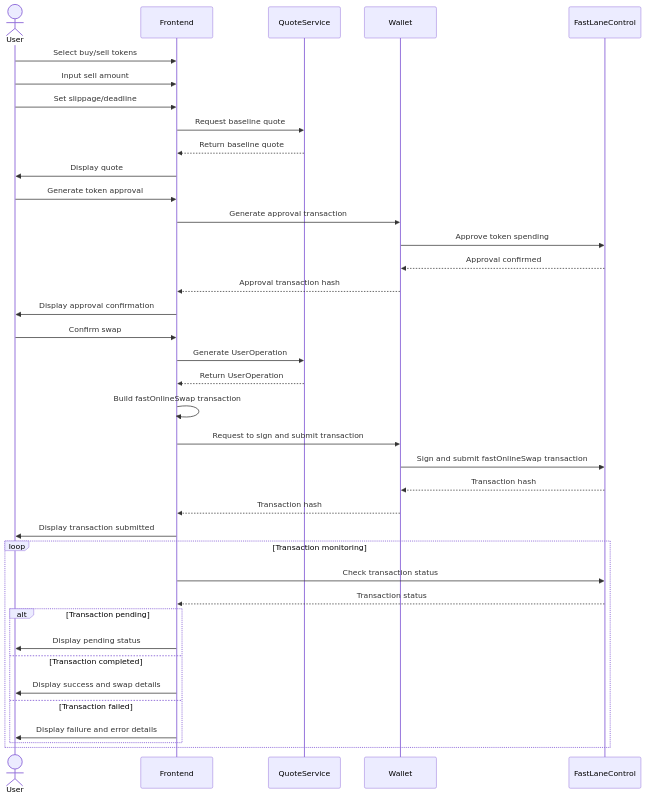
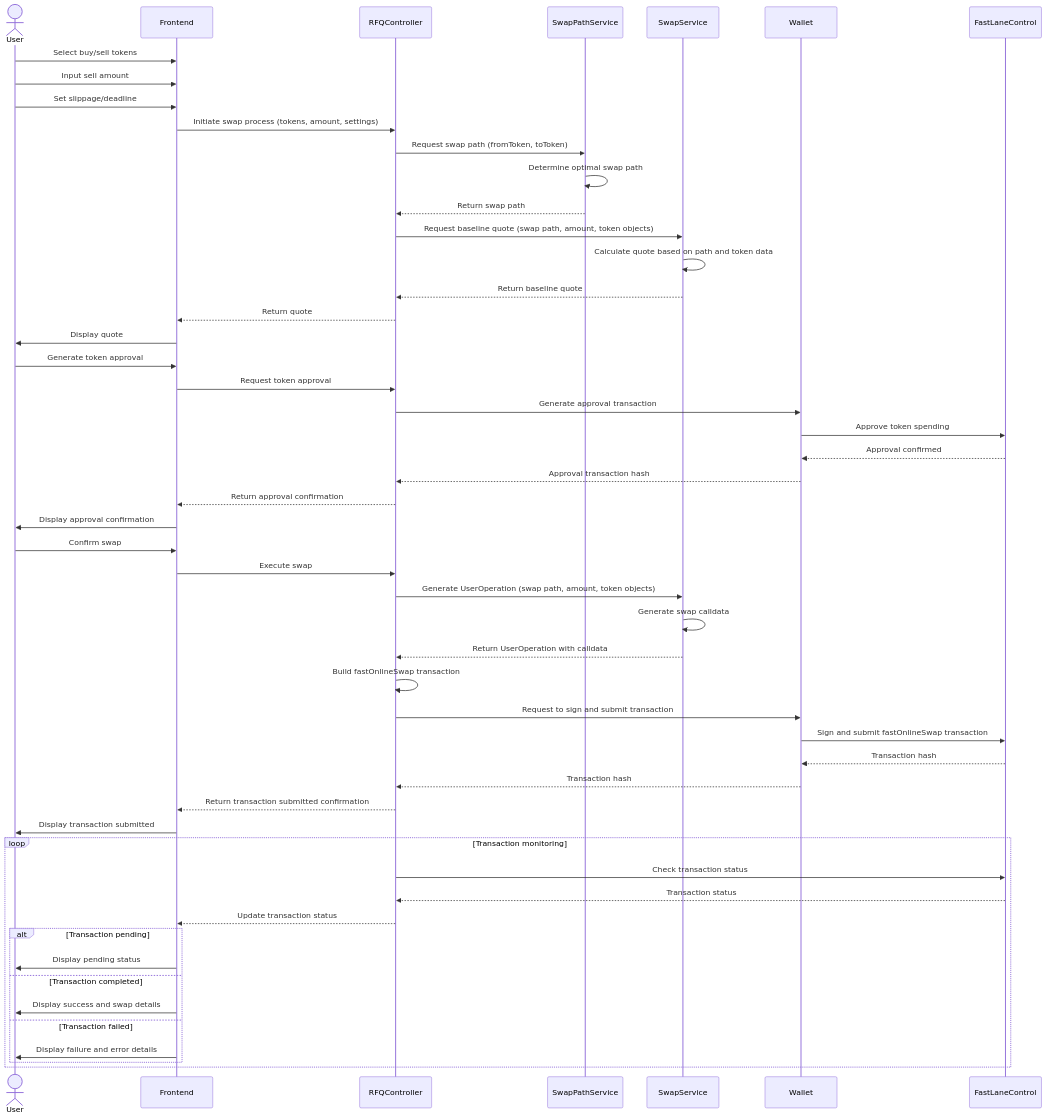
The third of 6 diagrams in docs/overview.md (FastLane-Labs/shMonad-frontend), drawn with Mermaid before and after one commit. The commit also changed other lines of this file, not shown here.

Commit message:
docs: update front-end flow with RFQController

````diff
--- a/docs/overview.md
+++ b/docs/overview.md
@@ -157,44 +157,60 @@
 ```mermaid
 sequenceDiagram
     actor User
     participant Frontend
-    participant QuoteService
+    participant RFQController
+    participant SwapPathService
+    participant SwapService
     participant Wallet
     participant FastLaneControl
 
     User->>Frontend: Select buy/sell tokens
     User->>Frontend: Input sell amount
     User->>Frontend: Set slippage/deadline
-    Frontend->>QuoteService: Request baseline quote
-    QuoteService-->>Frontend: Return baseline quote
+    Frontend->>RFQController: Initiate swap process (tokens, amount, settings)
+
+    RFQController->>SwapPathService: Request swap path (fromToken, toToken)
+    SwapPathService->>SwapPathService: Determine optimal swap path
+    SwapPathService-->>RFQController: Return swap path
+
+    RFQController->>SwapService: Request baseline quote (swap path, amount, token objects)
+    SwapService->>SwapService: Calculate quote based on path and token data
+    SwapService-->>RFQController: Return baseline quote
+    RFQController-->>Frontend: Return quote
     Frontend->>User: Display quote
 
     User->>Frontend: Generate token approval
-    Frontend->>Wallet: Generate approval transaction
+    Frontend->>RFQController: Request token approval
+    RFQController->>Wallet: Generate approval transaction
     Wallet->>FastLaneControl: Approve token spending
     FastLaneControl-->>Wallet: Approval confirmed
-    Wallet-->>Frontend: Approval transaction hash
+    Wallet-->>RFQController: Approval transaction hash
+    RFQController-->>Frontend: Return approval confirmation
     Frontend->>User: Display approval confirmation
 
     User->>Frontend: Confirm swap
-    Frontend->>QuoteService: Generate UserOperation
-    QuoteService-->>Frontend: Return UserOperation
-    Frontend->>Frontend: Build fastOnlineSwap transaction
-    Frontend->>Wallet: Request to sign and submit transaction
+    Frontend->>RFQController: Execute swap
+    RFQController->>SwapService: Generate UserOperation (swap path, amount, token objects)
+    SwapService->>SwapService: Generate swap calldata
+    SwapService-->>RFQController: Return UserOperation with calldata
+    RFQController->>RFQController: Build fastOnlineSwap transaction
+    RFQController->>Wallet: Request to sign and submit transaction
     Wallet->>FastLaneControl: Sign and submit fastOnlineSwap transaction
     FastLaneControl-->>Wallet: Transaction hash
-    Wallet-->>Frontend: Transaction hash
+    Wallet-->>RFQController: Transaction hash
+    RFQController-->>Frontend: Return transaction submitted confirmation
     Frontend->>User: Display transaction submitted
 
     loop Transaction monitoring
-        Frontend->>FastLaneControl: Check transaction status
-        FastLaneControl-->>Frontend: Transaction status
+        RFQController->>FastLaneControl: Check transaction status
+        FastLaneControl-->>RFQController: Transaction status
+        RFQController-->>Frontend: Update transaction status
         alt Transaction pending
             Frontend->>User: Display pending status
         else Transaction completed
             Frontend->>User: Display success and swap details
         else Transaction failed
             Frontend->>User: Display failure and error details
         end
     end
 ```
````
